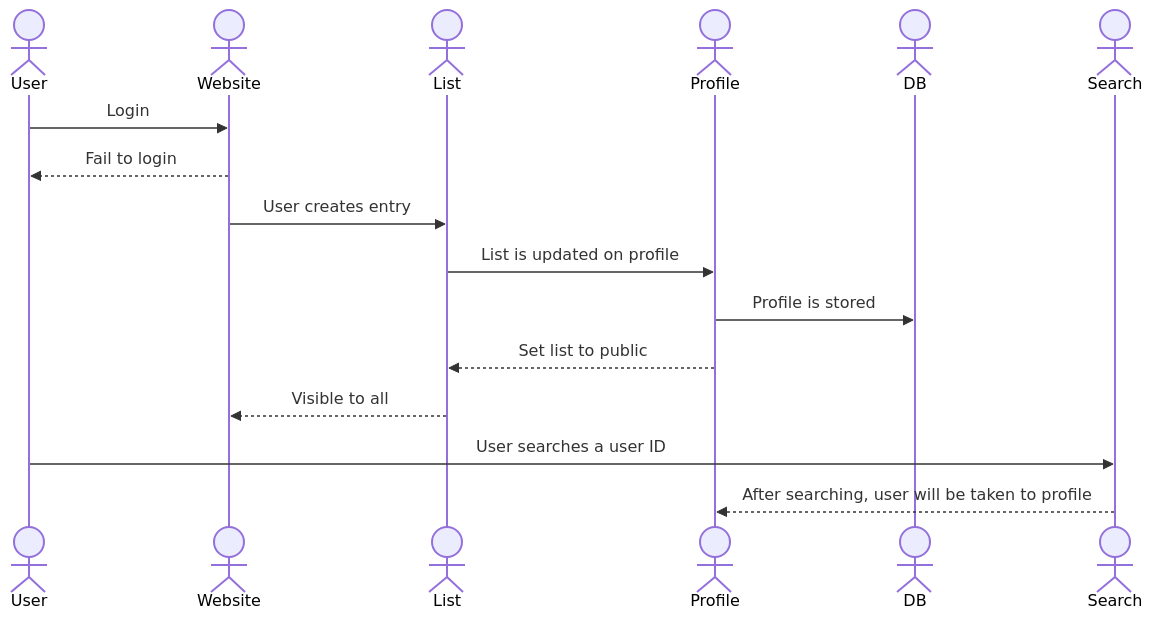
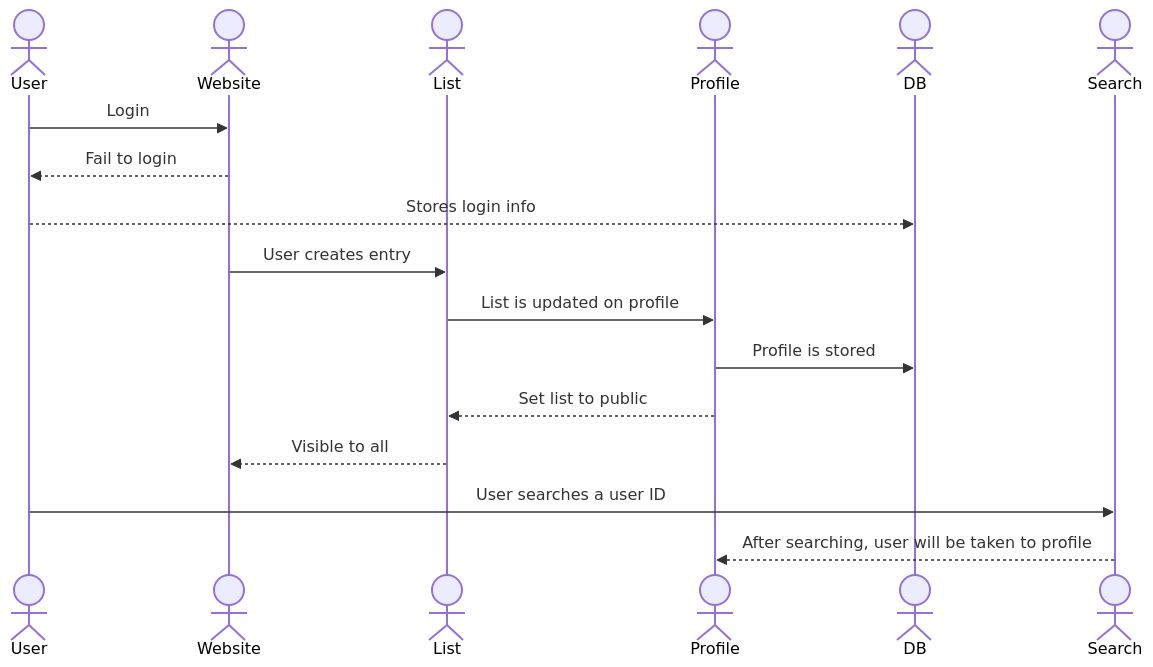
Before and after one commit to wonderbread678/startup: the diagram in README.md, drawn with Mermaid.

Commit message:
testing sequence diagram

````diff
--- a/README.md
+++ b/README.md
@@ -37,22 +37,23 @@
 ```mermaid
 sequenceDiagram
     actor User
     actor Website
     actor List
     actor Profile
     actor DB
     actor Search
 
 
     User->>Website: Login
     Website-->>User: Fail to login
+    User-->>DB: Stores login info
     Website->>List: User creates entry
     List->>Profile: List is updated on profile
     Profile->>DB: Profile is stored
     Profile-->>List: Set list to public
     List-->>Website: Visible to all
     User->>Search: User searches a user ID
     Search-->>Profile: After searching, user will be taken to profile
 
     
 ```
````
